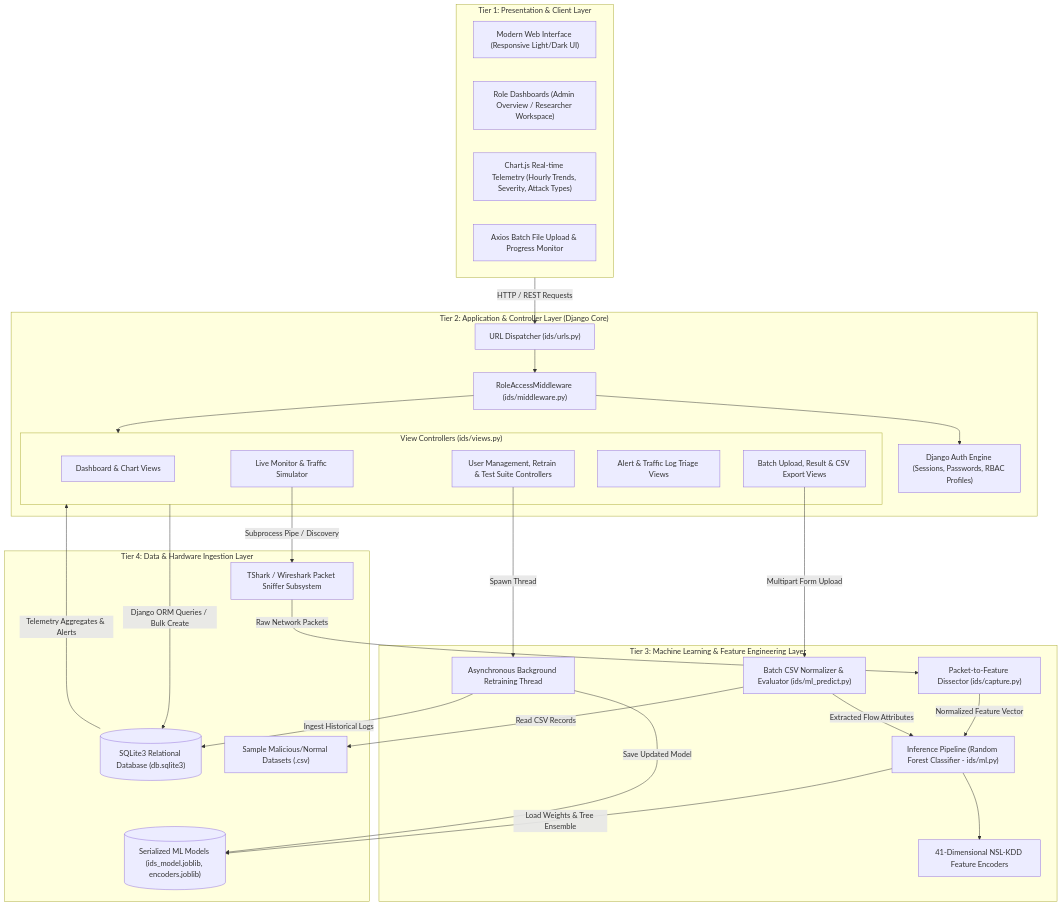
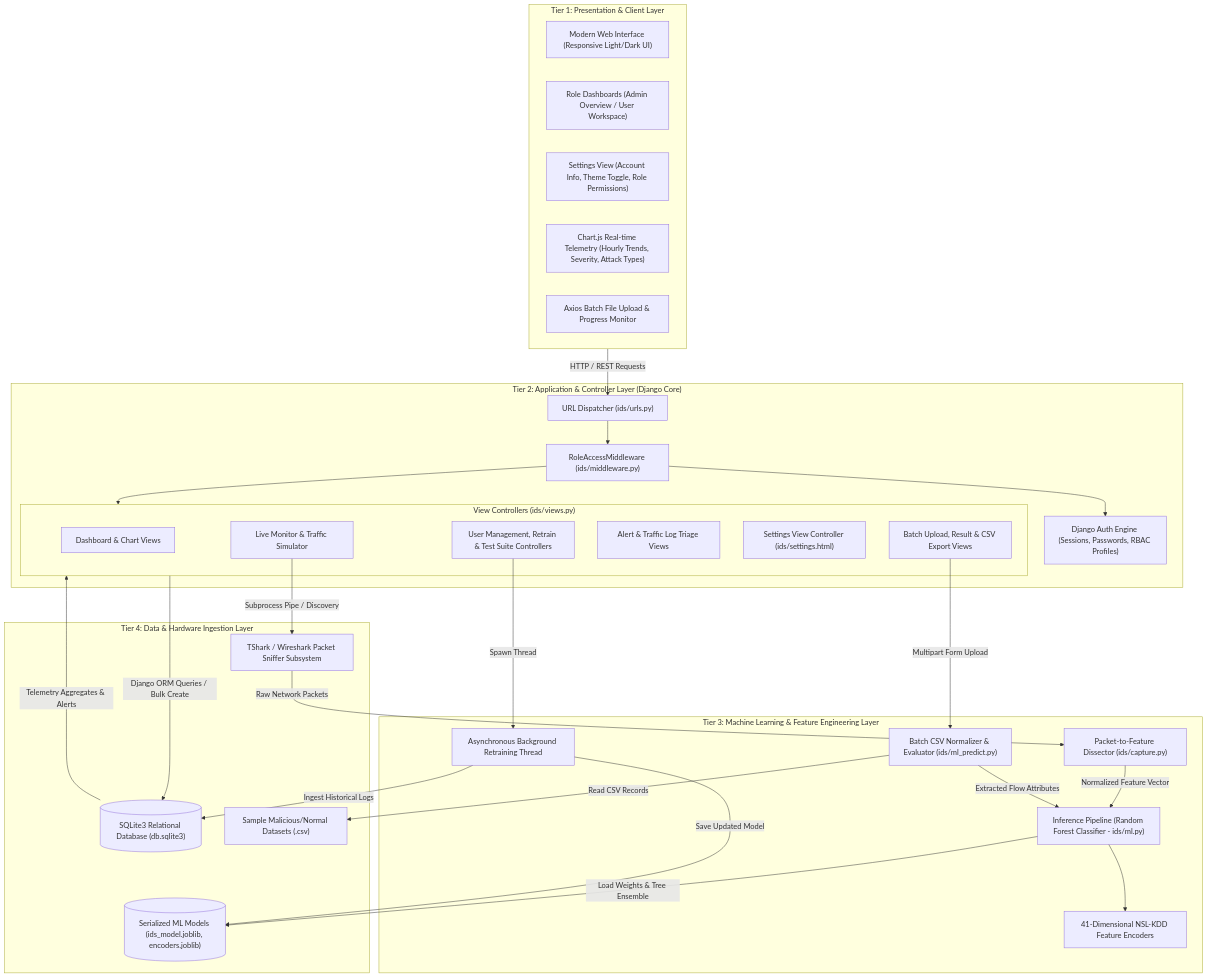
One commit to rohitmajhi18/NetSentinel-AI changed the second of 6 diagrams in docs/UML_AND_SYSTEM_ARCHITECTURE.md. Above: the diagram before and after it, drawn with Mermaid. The commit also changed other lines of this file and 23 other files, not shown here.

````diff
--- a/docs/UML_AND_SYSTEM_ARCHITECTURE.md
+++ b/docs/UML_AND_SYSTEM_ARCHITECTURE.md
@@ -119,62 +121,64 @@
 ```mermaid
 graph TB
     subgraph Presentation_Tier ["Tier 1: Presentation & Client Layer"]
         UI_Web["Modern Web Interface (Responsive Light/Dark UI)"]
-        UI_Dash["Role Dashboards (Admin Overview / Researcher Workspace)"]
+        UI_Dash["Role Dashboards (Admin Overview / User Workspace)"]
+        UI_Settings["Settings View (Account Info, Theme Toggle, Role Permissions)"]
         UI_Charts["Chart.js Real-time Telemetry (Hourly Trends, Severity, Attack Types)"]
         UI_Upload["Axios Batch File Upload & Progress Monitor"]
     end
 
     subgraph Application_Tier ["Tier 2: Application & Controller Layer (Django Core)"]
         HTTP_Router["URL Dispatcher (ids/urls.py)"]
         RBAC_Middleware["RoleAccessMiddleware (ids/middleware.py)"]
         Auth_Manager["Django Auth Engine (Sessions, Passwords, RBAC Profiles)"]
         
         subgraph View_Controllers ["View Controllers (ids/views.py)"]
             VC_Dash["Dashboard & Chart Views"]
             VC_Monitor["Live Monitor & Traffic Simulator"]
             VC_Predict["Batch Upload, Result & CSV Export Views"]
             VC_Alerts["Alert & Traffic Log Triage Views"]
+            VC_Settings["Settings View Controller (ids/settings.html)"]
             VC_Admin["User Management, Retrain & Test Suite Controllers"]
         end
     end
 
     subgraph ML_Inference_Tier ["Tier 3: Machine Learning & Feature Engineering Layer"]
         Capture_Parser["Packet-to-Feature Dissector (ids/capture.py)"]
         Predict_Engine["Batch CSV Normalizer & Evaluator (ids/ml_predict.py)"]
         ML_Engine["Inference Pipeline (Random Forest Classifier - ids/ml.py)"]
         Feature_Encoder["41-Dimensional NSL-KDD Feature Encoders"]
         Retrain_Worker["Asynchronous Background Retraining Thread"]
     end
 
     subgraph Data_Hardware_Tier ["Tier 4: Data & Hardware Ingestion Layer"]
         DB_SQLite[("SQLite3 Relational Database (db.sqlite3)")]
         Model_Storage[("Serialized ML Models (ids_model.joblib, encoders.joblib)")]
         OS_TShark["TShark / Wireshark Packet Sniffer Subsystem"]
         File_Storage["Sample Malicious/Normal Datasets (.csv)"]
     end
 
     %% Inter-tier connections
     Presentation_Tier -->|HTTP / REST Requests| HTTP_Router
     HTTP_Router --> RBAC_Middleware
     RBAC_Middleware --> Auth_Manager
     RBAC_Middleware --> View_Controllers
 
     VC_Monitor -->|Subprocess Pipe / Discovery| OS_TShark
     OS_TShark -->|Raw Network Packets| Capture_Parser
     Capture_Parser -->|Normalized Feature Vector| ML_Engine
     
     VC_Predict -->|Multipart Form Upload| Predict_Engine
     Predict_Engine -->|Extracted Flow Attributes| ML_Engine
     
     ML_Engine --> Feature_Encoder
     ML_Engine -->|Load Weights & Tree Ensemble| Model_Storage
     
     VC_Admin -->|Spawn Thread| Retrain_Worker
     Retrain_Worker -->|Save Updated Model| Model_Storage
     Retrain_Worker -->|Ingest Historical Logs| DB_SQLite
 
     View_Controllers -->|Django ORM Queries / Bulk Create| DB_SQLite
     DB_SQLite -->|Telemetry Aggregates & Alerts| View_Controllers
     Predict_Engine -->|Read CSV Records| File_Storage
 ```
````
